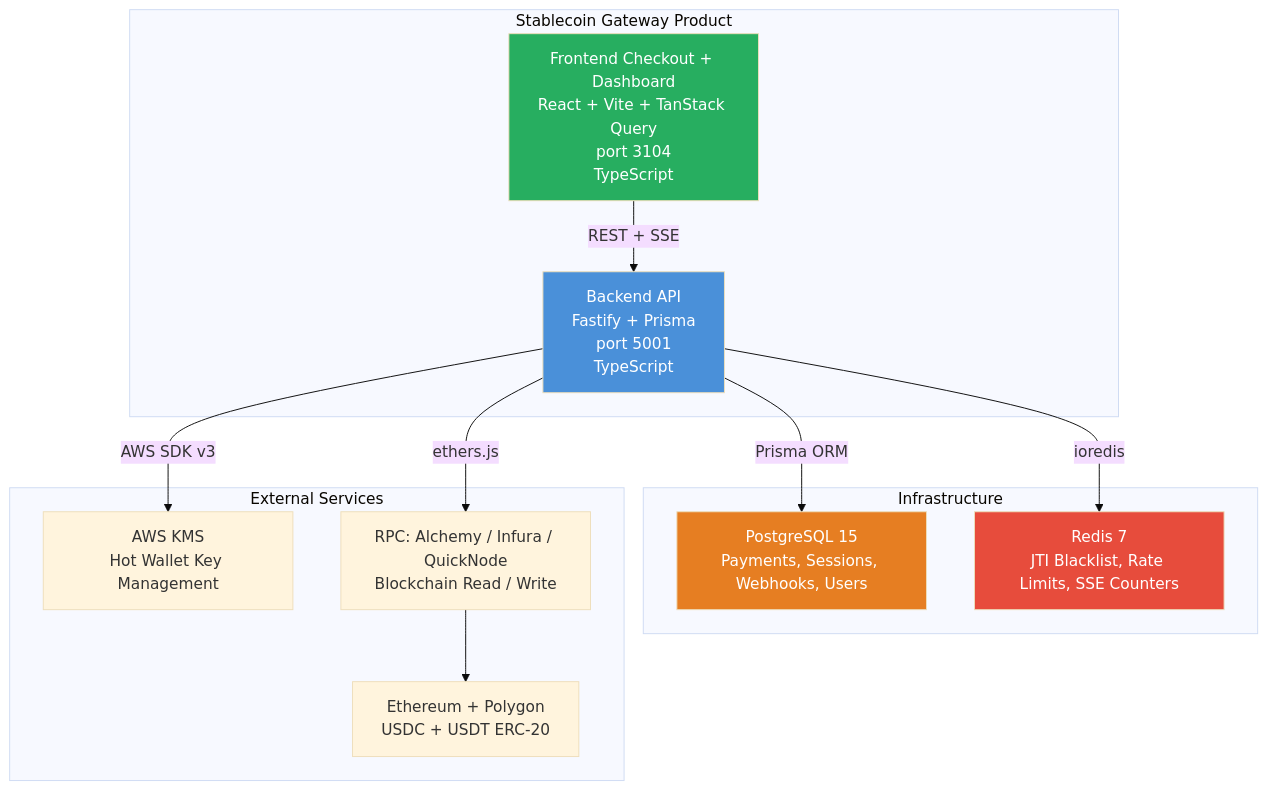
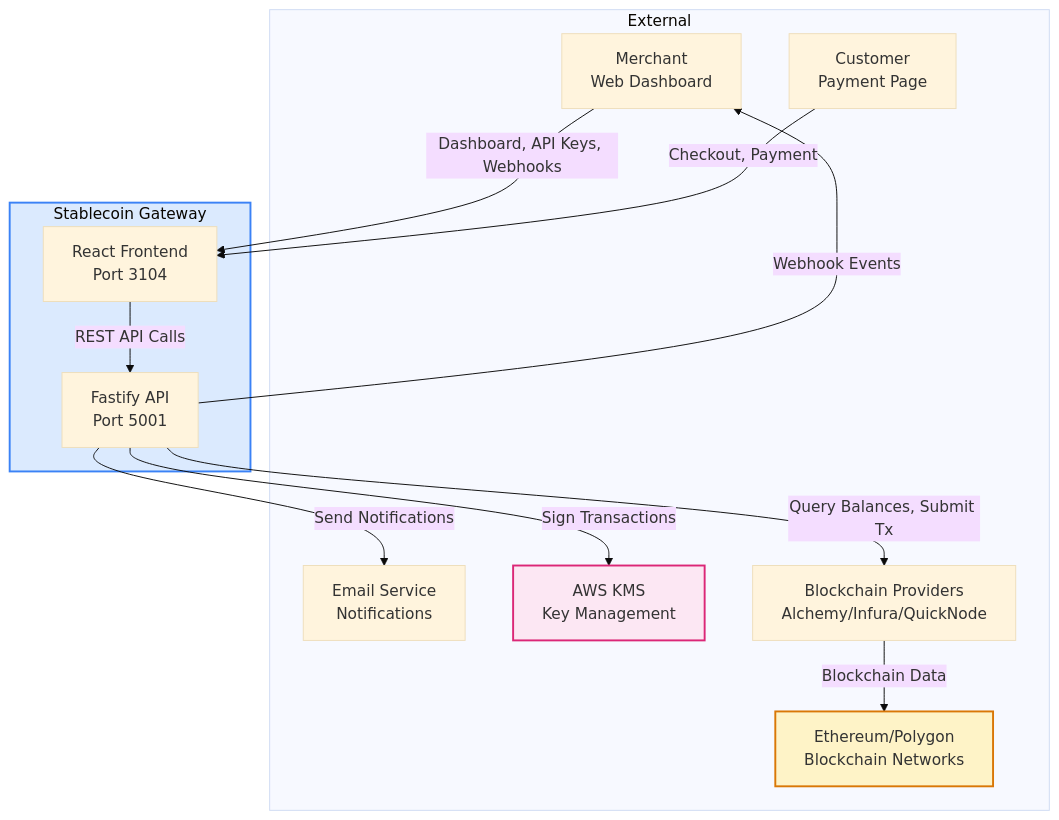
The fourth of 16 diagrams in products/stablecoin-gateway/docs/AUDIT-REPORT.md (Tamoura/Claude-Code-creates-the-SW-company), drawn with Mermaid (base theme) before and after one commit. The commit also changed other lines of this file, not shown here.

First line of the commit message:
docs(stablecoin-gateway): update audit report v4.0 with 11-dimension scores

````diff
--- a/products/stablecoin-gateway/docs/AUDIT-REPORT.md
+++ b/products/stablecoin-gateway/docs/AUDIT-REPORT.md
@@ -252,30 +289,29 @@
 ```mermaid
 graph TD
-    subgraph SGW["Stablecoin Gateway Product"]
-        API["Backend API\nFastify + Prisma\nport 5001\nTypeScript"]
-        WEB["Frontend Checkout + Dashboard\nReact + Vite + TanStack Query\nport 3104\nTypeScript"]
+    subgraph External
+        Merchant[Merchant<br>Web Dashboard]
+        Customer[Customer<br>Payment Page]
+        Blockchain[Ethereum/Polygon<br>Blockchain Networks]
+        Email[Email Service<br>Notifications]
+        KMS[AWS KMS<br>Key Management]
+        Providers[Blockchain Providers<br>Alchemy/Infura/QuickNode]
     end
 
-    subgraph INFRA["Infrastructure"]
-        PG["PostgreSQL 15\nPayments, Sessions, Webhooks, Users"]
-        RD["Redis 7\nJTI Blacklist, Rate Limits, SSE Counters"]
+    subgraph StablecoinGateway[Stablecoin Gateway]
+        API[Fastify API<br>Port 5001]
+        Web[React Frontend<br>Port 3104]
     end
 
-    subgraph EXT["External Services"]
-        KMS["AWS KMS\nHot Wallet Key Management"]
-        RPC["RPC: Alchemy / Infura / QuickNode\nBlockchain Read / Write"]
-        CHAIN["Ethereum + Polygon\nUSDC + USDT ERC-20"]
-    end
+    Merchant -->|Dashboard, API Keys, Webhooks| Web
+    Customer -->|Checkout, Payment| Web
+    Web -->|REST API Calls| API
+    API -->|Query Balances, Submit Tx| Providers
+    Providers -->|Blockchain Data| Blockchain
+    API -->|Sign Transactions| KMS
+    API -->|Send Notifications| Email
+    API -->|Webhook Events| Merchant
 
-    WEB -->|REST + SSE| API
-    API -->|Prisma ORM| PG
-    API -->|ioredis| RD
-    API -->|AWS SDK v3| KMS
-    API -->|ethers.js| RPC
-    RPC --> CHAIN
-
-    style API fill:#4a90d9,color:#fff
-    style WEB fill:#27ae60,color:#fff
-    style PG fill:#e67e22,color:#fff
-    style RD fill:#e74c3c,color:#fff
+    style StablecoinGateway fill:#dbeafe,stroke:#3b82f6,stroke-width:2px
+    style Blockchain fill:#fef3c7,stroke:#d97706,stroke-width:2px
+    style KMS fill:#fce7f3,stroke:#db2777,stroke-width:2px
 ```
````
